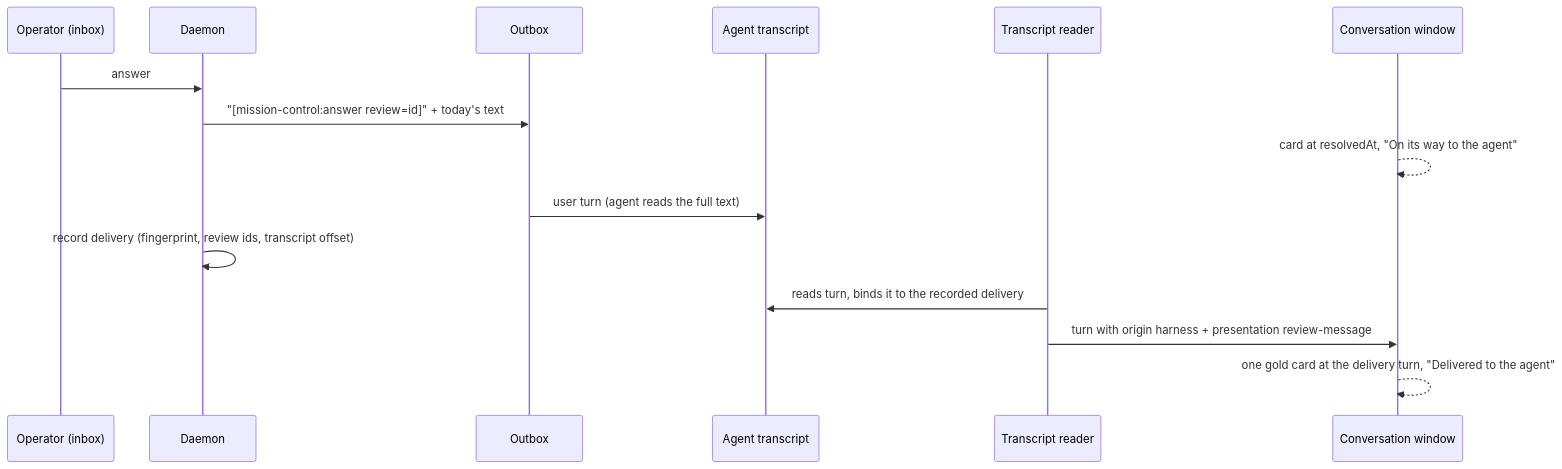
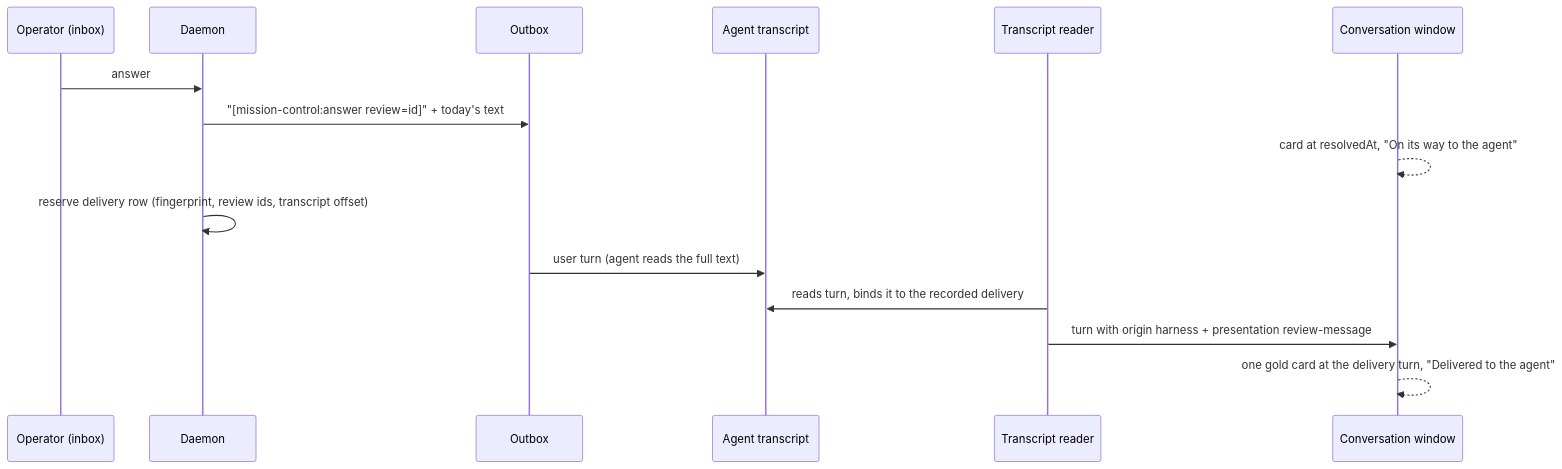
Before and after one commit to teamupstart/mission-control: the diagram in docs/plans/async-input-answer-cards/plan.md, drawn with Mermaid. The commit also changed other lines of this file and 2 other files, not shown here.

First line of the commit message:
docs(plans): reserve answer-card deliveries before sending and contest racing sends

````diff
--- a/docs/plans/async-input-answer-cards/plan.md
+++ b/docs/plans/async-input-answer-cards/plan.md
@@ -169,17 +178,17 @@
 ```mermaid
 sequenceDiagram
   participant H as Operator (inbox)
   participant D as Daemon
   participant O as Outbox
   participant A as Agent transcript
   participant T as Transcript reader
   participant W as Conversation window
   H->>D: answer
   D->>O: "[mission-control:answer review=id]" + today's text
   W-->>W: card at resolvedAt, "On its way to the agent"
+  D->>D: reserve delivery row (fingerprint, review ids, transcript offset)
   O->>A: user turn (agent reads the full text)
-  D->>D: record delivery (fingerprint, review ids, transcript offset)
   T->>A: reads turn, binds it to the recorded delivery
   T->>W: turn with origin harness + presentation review-message
   W-->>W: one gold card at the delivery turn, "Delivered to the agent"
 ```
````
